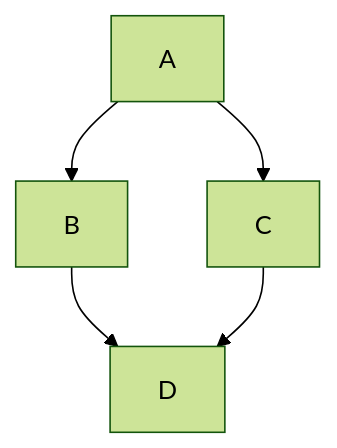
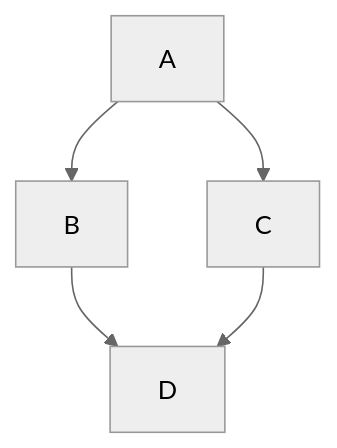
One commit to fkuep/pulp_builder changed the diagram in mermaid-test.md. Above: the diagram before and after it, drawn with Mermaid.

````diff
--- a/mermaid-test.md
+++ b/mermaid-test.md
@@ -3,9 +3,9 @@
 ```mermaid
-%%{init: {'theme': 'forest', "flowchart" : { "curve" : "basis" } } }%%
+%%{init: {'theme': 'neutral', "flowchart" : { "curve" : "basis" } } }%%
 
 graph TD;
     A-->B;
     A-->C;
     B-->D;
     C-->D
 ```
````
